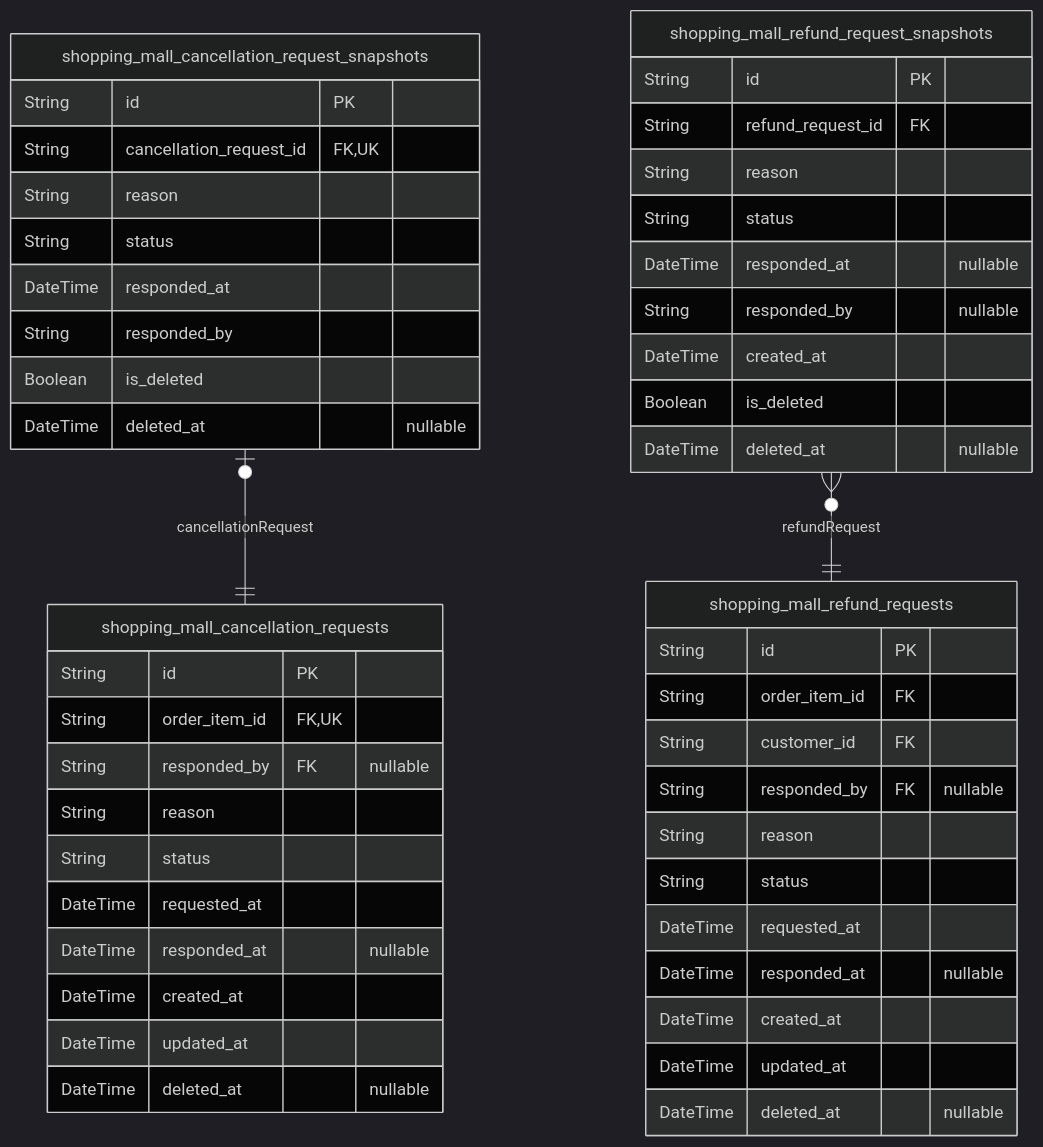
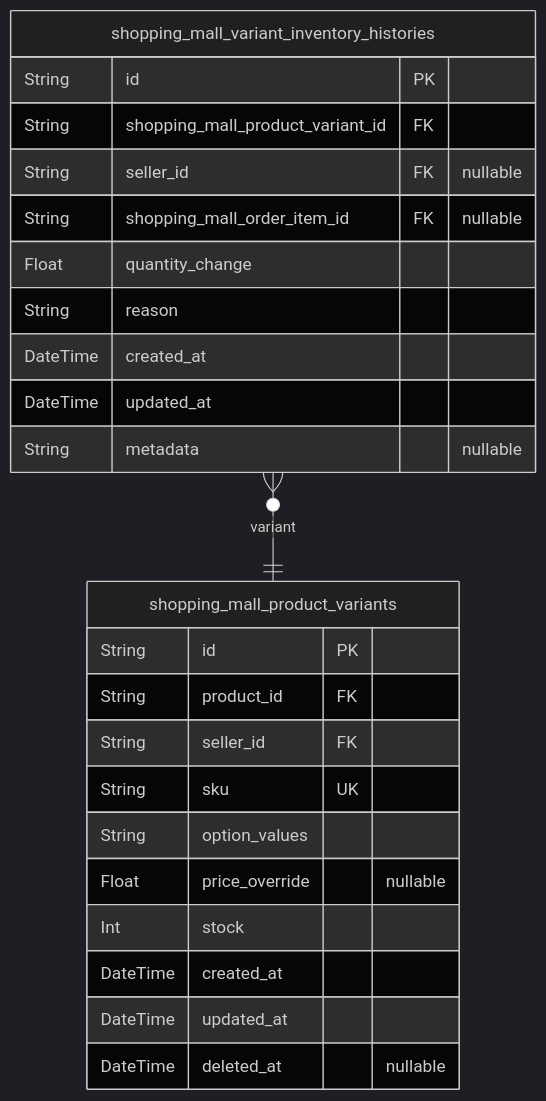
Diagram 11 of 12 in qwen/qwen3-next-80b-a3b-instruct/shopping/docs/ERD.md (wrtnlabs/autobe-examples), drawn with Mermaid (dark theme) before and after one commit. The commit also changed other lines of this file and 11104 other files, not shown here.

````diff
--- a/qwen/qwen3-next-80b-a3b-instruct/shopping/docs/ERD.md
+++ b/qwen/qwen3-next-80b-a3b-instruct/shopping/docs/ERD.md
@@ -2431,51 +1611,27 @@
 ```mermaid
 erDiagram
-"shopping_mall_cancellation_requests" {
+"shopping_mall_product_variants" {
   String id PK
-  String order_item_id FK,UK
-  String responded_by FK "nullable"
-  String reason
-  String status
-  DateTime requested_at
-  DateTime responded_at "nullable"
+  String product_id FK
+  String seller_id FK
+  String sku UK
+  String option_values
+  Float price_override "nullable"
+  Int stock
   DateTime created_at
   DateTime updated_at
   DateTime deleted_at "nullable"
 }
-"shopping_mall_refund_requests" {
+"shopping_mall_variant_inventory_histories" {
   String id PK
-  String order_item_id FK
-  String customer_id FK
-  String responded_by FK "nullable"
+  String shopping_mall_product_variant_id FK
+  String seller_id FK "nullable"
+  String shopping_mall_order_item_id FK "nullable"
+  Float quantity_change
   String reason
-  String status
-  DateTime requested_at
-  DateTime responded_at "nullable"
   DateTime created_at
   DateTime updated_at
-  DateTime deleted_at "nullable"
+  String metadata "nullable"
 }
-"shopping_mall_cancellation_request_snapshots" {
-  String id PK
-  String cancellation_request_id FK,UK
-  String reason
-  String status
-  DateTime responded_at
-  String responded_by
-  Boolean is_deleted
-  DateTime deleted_at "nullable"
-}
-"shopping_mall_refund_request_snapshots" {
-  String id PK
-  String refund_request_id FK
-  String reason
-  String status
-  DateTime responded_at "nullable"
-  String responded_by "nullable"
-  DateTime created_at
-  Boolean is_deleted
-  DateTime deleted_at "nullable"
-}
-"shopping_mall_cancellation_request_snapshots" |o--|| "shopping_mall_cancellation_requests" : cancellationRequest
-"shopping_mall_refund_request_snapshots" }o--|| "shopping_mall_refund_requests" : refundRequest
+"shopping_mall_variant_inventory_histories" }o--|| "shopping_mall_product_variants" : variant
 ```
````
